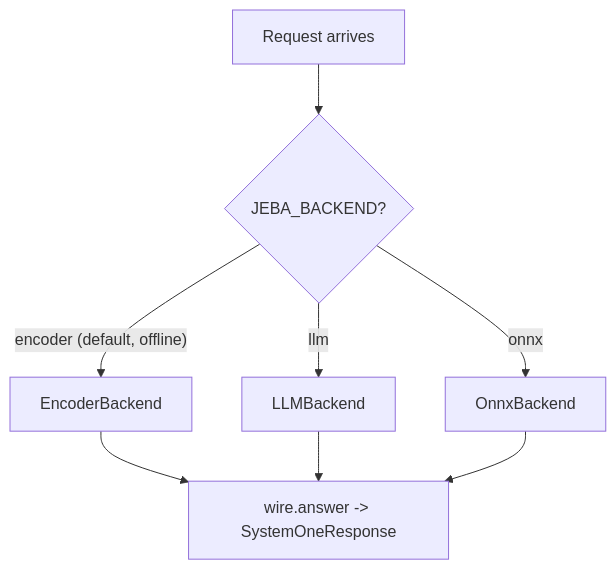
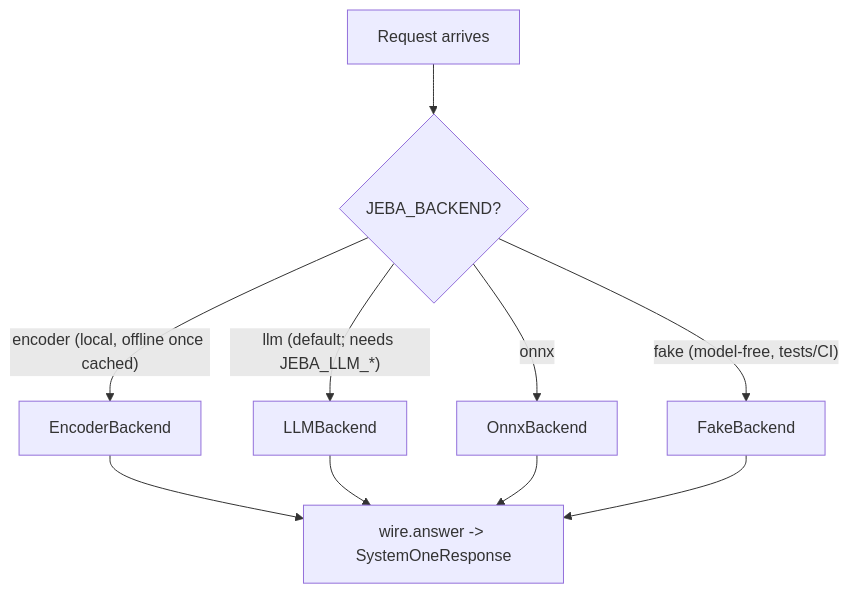
The third of 3 diagrams in docs/architecture.md (munod/tachyone), drawn with Mermaid before and after one commit. The commit also changed other lines of this file and 12 other files, not shown here.

````diff
--- a/docs/architecture.md
+++ b/docs/architecture.md
@@ -266,10 +278,12 @@
 ```mermaid
 flowchart TD
     Req["Request arrives"] --> Cfg{"JEBA_BACKEND?"}
-    Cfg -->|"encoder (default, offline)"| Enc["EncoderBackend"]
-    Cfg -->|"llm"| LLM["LLMBackend"]
+    Cfg -->|"llm (default; needs JEBA_LLM_*)"| LLM["LLMBackend"]
+    Cfg -->|"encoder (local, offline once cached)"| Enc["EncoderBackend"]
     Cfg -->|"onnx"| ONNX["OnnxBackend"]
+    Cfg -->|"fake (model-free, tests/CI)"| Fake["FakeBackend"]
     Enc --> Wire["wire.answer -> SystemOneResponse"]
     LLM --> Wire
     ONNX --> Wire
+    Fake --> Wire
 ```
````
